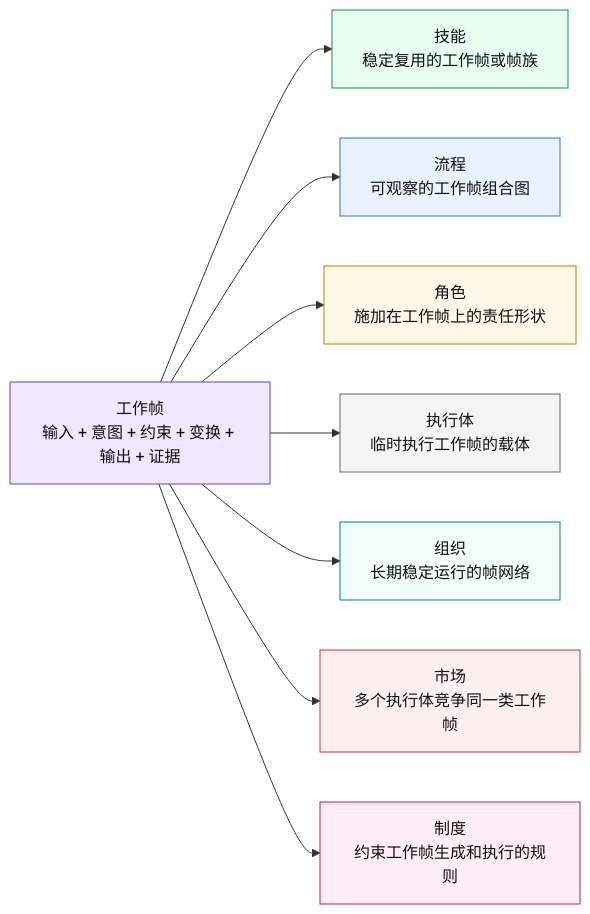
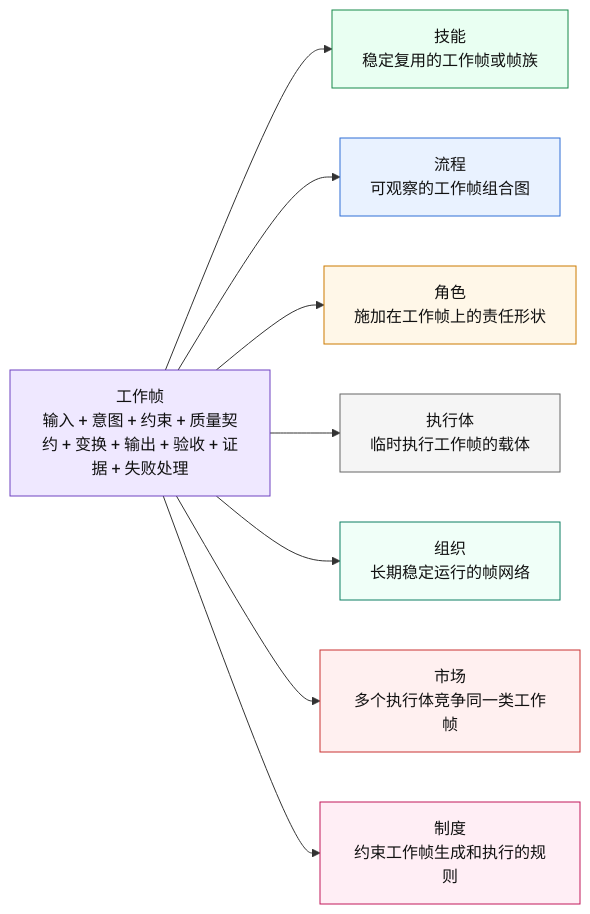
One commit to tiachuaxiyashua/cyber-editor changed the second of 10 diagrams in truth/00-当前真相源-人工智能软件社会帧元架构.md. Above: the diagram before and after it, drawn with Mermaid. The commit also changed other lines of this file, not shown here.

Commit message:
docs: add quality contract to frame truth source

````diff
--- a/truth/00-当前真相源-人工智能软件社会帧元架构.md
+++ b/truth/00-当前真相源-人工智能软件社会帧元架构.md
@@ -225,29 +240,29 @@
 ```mermaid
 flowchart LR
-  帧["工作帧<br/>输入 + 意图 + 约束 + 变换 + 输出 + 证据"]:::frame
+  帧["工作帧<br/>输入 + 意图 + 约束 + 质量契约 + 变换 + 输出 + 验收 + 证据 + 失败处理"]:::frame
 
   技能["技能<br/>稳定复用的工作帧或帧族"]:::skill
   流程["流程<br/>可观察的工作帧组合图"]:::flow
   角色["角色<br/>施加在工作帧上的责任形状"]:::role
   执行体["执行体<br/>临时执行工作帧的载体"]:::executor
   组织["组织<br/>长期稳定运行的帧网络"]:::org
   市场["市场<br/>多个执行体竞争同一类工作帧"]:::market
   制度["制度<br/>约束工作帧生成和执行的规则"]:::policy
 
   帧 --> 技能
   帧 --> 流程
   帧 --> 角色
   帧 --> 执行体
   帧 --> 组织
   帧 --> 市场
   帧 --> 制度
 
   classDef frame fill:#efe8ff,stroke:#6f42c1,color:#111;
   classDef skill fill:#e9fff2,stroke:#168a4a,color:#111;
   classDef flow fill:#e9f2ff,stroke:#2f6fd6,color:#111;
   classDef role fill:#fff7e8,stroke:#cc7a00,color:#111;
   classDef executor fill:#f5f5f5,stroke:#666,color:#111;
   classDef org fill:#f0fff8,stroke:#0d7f63,color:#111;
   classDef market fill:#fff0f0,stroke:#c93333,color:#111;
   classDef policy fill:#ffeef5,stroke:#c2185b,color:#111;
 ```
````
